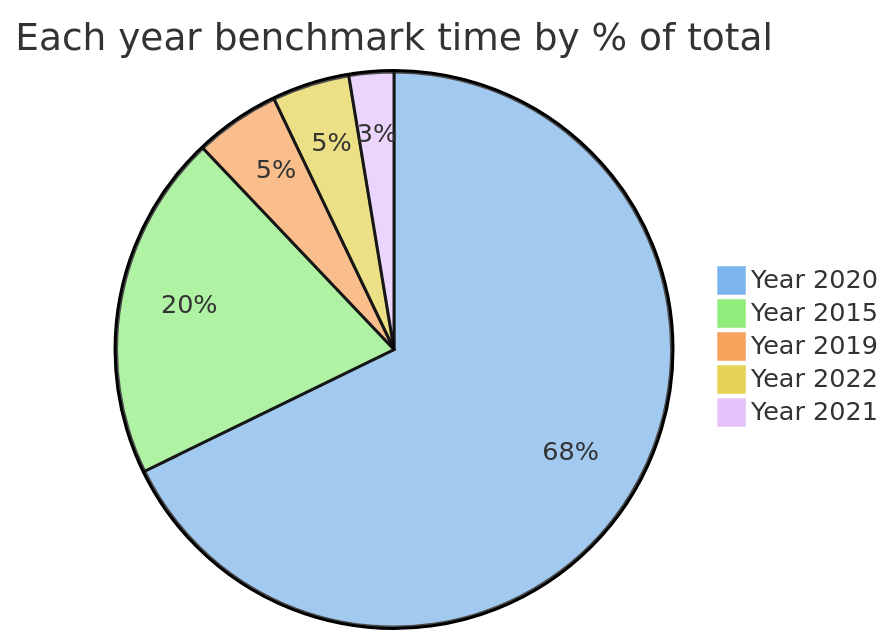
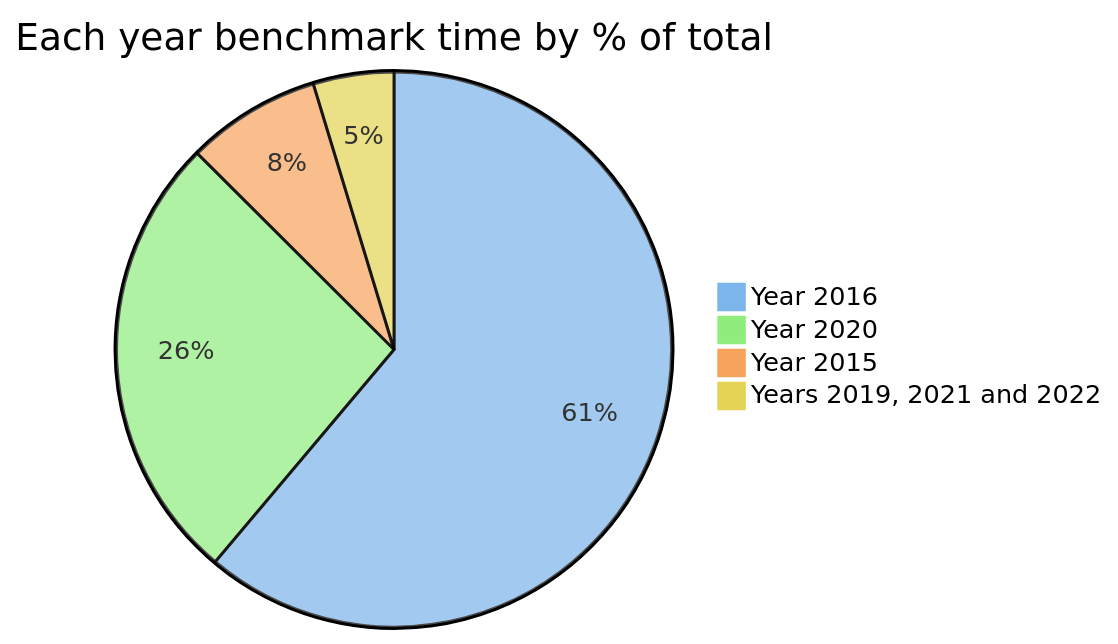
One commit to maneatingape/advent-of-code-rust changed the first of 7 diagrams in README.md. Above: the diagram before and after it, drawn with Mermaid. The commit also changed other lines of this file, not shown here.

Commit message:
Update benchmark data and graphs

````diff
--- a/README.md
+++ b/README.md
@@ -61,10 +61,9 @@
 ```mermaid
-%%{init: {'theme': 'base', 'themeVariables': { 'pie1': '#7cb5ec', 'pie2': '#90ed7d', 'pie3': '#f7a35c', 'pie4': '#e4d354', 'pie5': '#e4c4fb'}}}%%
+%%{init: {"themeVariables": { "pie1": "#7cb5ec", "pie2": "#90ed7d", "pie3": "#f7a35c", "pie4": "#e4d354", "pie5": "#e4c4fb", "pie6": "#c6cdd5"}}}%%
 pie
     title Each year benchmark time by % of total
+    "Year 2016" : 664
     "Year 2020" : 286
     "Year 2015" : 85
-    "Year 2019" : 21
-    "Year 2022" : 19
-    "Year 2021" : 11
+    "Years 2019, 2021 and 2022" : 51
 ```
````
